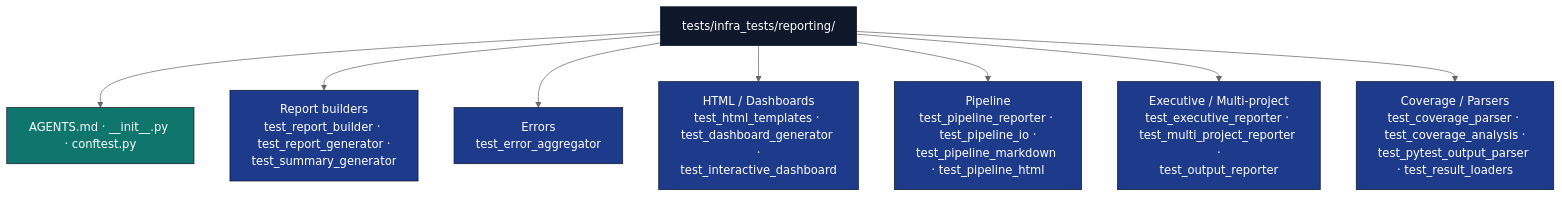
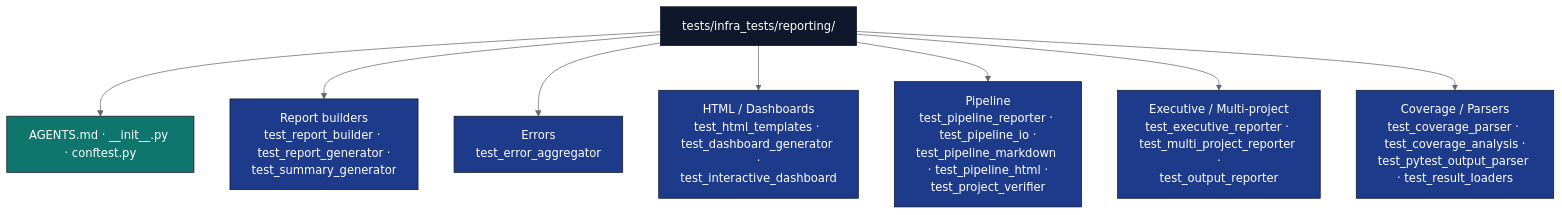
One commit to docxology/template changed the diagram in tests/infra_tests/reporting/AGENTS.md. Above: the diagram before and after it, drawn with Mermaid (neutral theme). The commit also changed other lines of this file and 216 other files, not shown here.

````diff
--- a/tests/infra_tests/reporting/AGENTS.md
+++ b/tests/infra_tests/reporting/AGENTS.md
@@ -9,18 +9,18 @@
 ```mermaid
 flowchart TB
     T[tests/infra_tests/reporting/]
     T --> META[AGENTS.md · __init__.py · conftest.py]
     T --> CORE[Report builders<br/>test_report_builder · test_report_generator ·<br/>test_summary_generator]
     T --> ERR[Errors<br/>test_error_aggregator]
     T --> HTML[HTML / Dashboards<br/>test_html_templates · test_dashboard_generator ·<br/>test_interactive_dashboard]
-    T --> PIPE[Pipeline<br/>test_pipeline_reporter · test_pipeline_io ·<br/>test_pipeline_markdown · test_pipeline_html]
+    T --> PIPE[Pipeline<br/>test_pipeline_reporter · test_pipeline_io ·<br/>test_pipeline_markdown · test_pipeline_html ·<br/>test_project_verifier]
     T --> CLI[Executive / Multi-project<br/>test_executive_reporter · test_multi_project_reporter ·<br/>test_output_reporter]
     T --> INTEG[Coverage / Parsers<br/>test_coverage_parser · test_coverage_analysis ·<br/>test_pytest_output_parser · test_result_loaders]
 
     classDef d fill:#0f172a,stroke:#0f172a,color:#fff
     classDef cat fill:#1e3a8a,stroke:#0f172a,color:#fff
     classDef doc fill:#0f766e,stroke:#0f172a,color:#fff
     class T d
     class CORE,ERR,HTML,PIPE,CLI,INTEG cat
     class META doc
 ```
````
